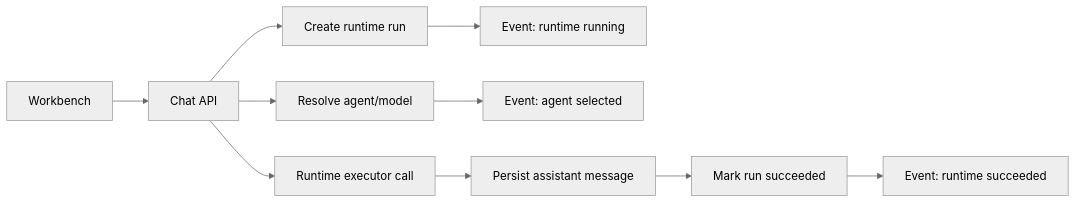
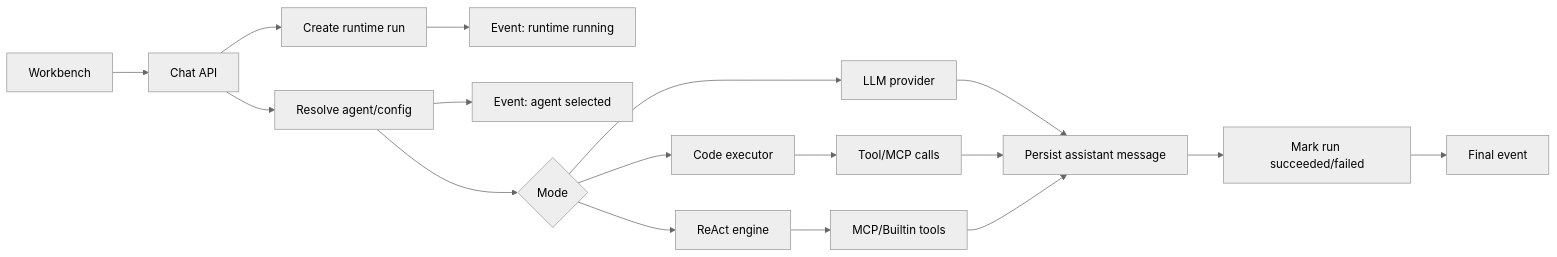
One commit to monkeyhlj/HyperAgents changed the diagram in docs/guides/runtime-run-worker.zh-en.md. Above: the diagram before and after it, drawn with Mermaid (neutral theme). The commit also changed other lines of this file and 41 other files, not shown here.

````diff
--- a/docs/guides/runtime-run-worker.zh-en.md
+++ b/docs/guides/runtime-run-worker.zh-en.md
@@ -45,12 +43,19 @@
 ```mermaid
 flowchart LR
     UI[Workbench] --> API[Chat API]
     API --> RUN[Create runtime run]
     RUN --> EVT1[Event: runtime running]
-    API --> AGT[Resolve agent/model]
+    API --> AGT[Resolve agent/config]
     AGT --> EVT2[Event: agent selected]
-    API --> LLM[Runtime executor call]
+    AGT --> MODE{Mode}
+    MODE --> LLM[LLM provider]
+    MODE --> CODE[Code executor]
+    MODE --> REACT[ReAct engine]
+    CODE --> TOOL[Tool/MCP calls]
+    REACT --> MCP[MCP/Builtin tools]
     LLM --> MSG[Persist assistant message]
-    MSG --> DONE[Mark run succeeded]
-    DONE --> EVT3[Event: runtime succeeded]
+    TOOL --> MSG
+    MCP --> MSG
+    MSG --> DONE[Mark run succeeded/failed]
+    DONE --> EVT3[Final event]
 ```
````
